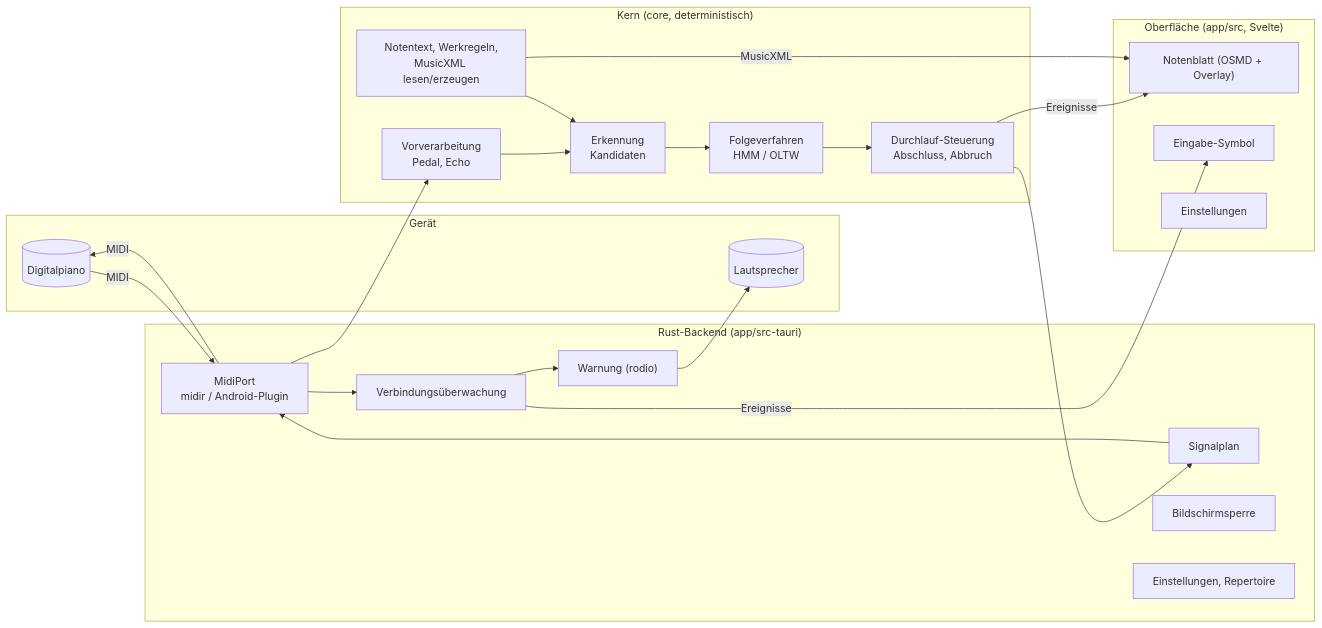
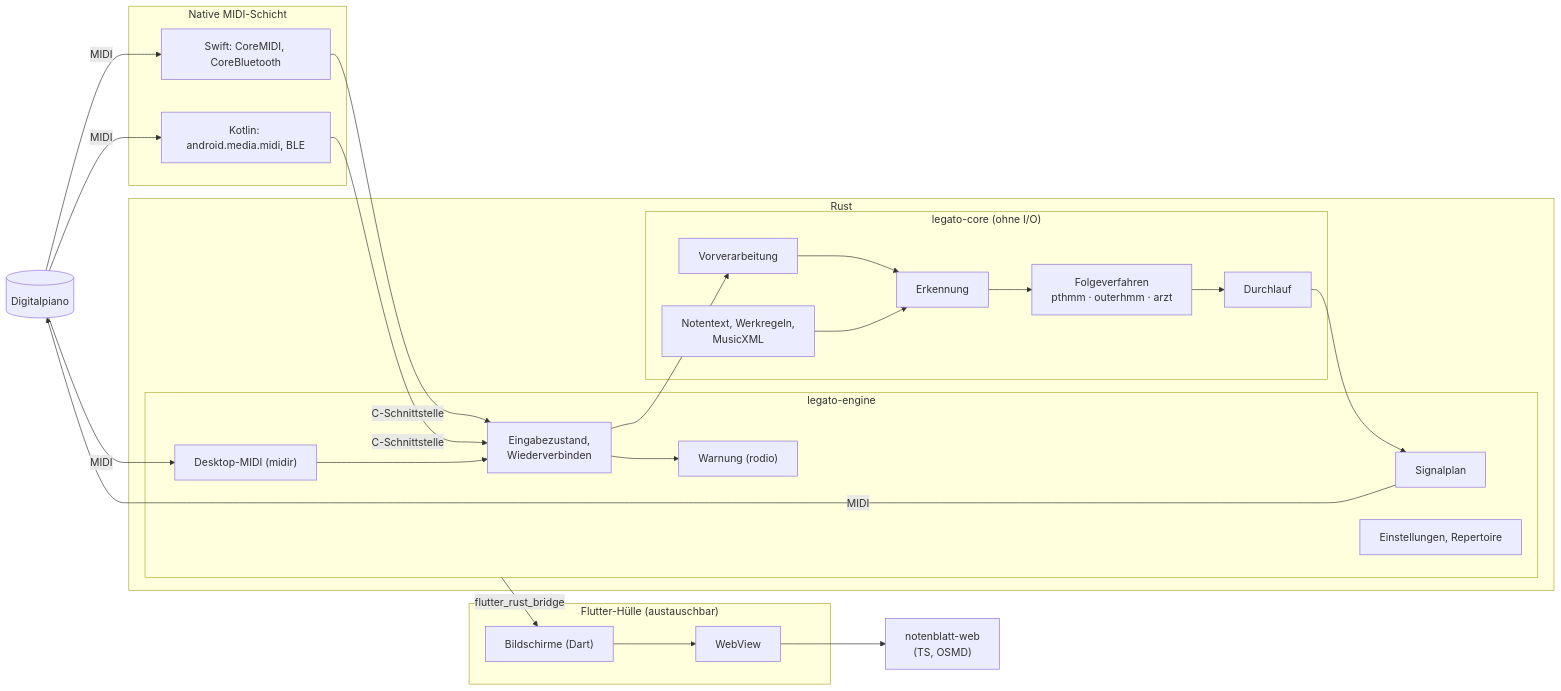
Before and after one commit to Meisterschueler/legato: the diagram in specs/001-legato-mvp/plan.md, drawn with Mermaid. The commit also changed other lines of this file and 8 other files, not shown here.

First line of the commit message:
docs(specs): Plan für 001 auf Flutter mit Rust-Kern umstellen

````diff
--- a/specs/001-legato-mvp/plan.md
+++ b/specs/001-legato-mvp/plan.md
@@ -54,34 +55,37 @@
 ```mermaid
 flowchart LR
-    subgraph Geraet["Gerät"]
-        Piano[(Digitalpiano)]
-        Lautsprecher[(Lautsprecher)]
+    Piano[(Digitalpiano)]
+    subgraph Nativ["Native MIDI-Schicht"]
+        Swift["Swift: CoreMIDI, CoreBluetooth"]
+        Kotlin["Kotlin: android.media.midi, BLE"]
     end
-    subgraph Backend["Rust-Backend (app/src-tauri)"]
-        Midi["MidiPort<br/>midir / Android-Plugin"]
-        Ueberwachung["Verbindungsüberwachung"]
-        Signale["Signalplan"]
-        Warnung["Warnung (rodio)"]
-        Wach["Bildschirmsperre"]
-        Store["Einstellungen, Repertoire"]
+    subgraph Rust["Rust"]
+        subgraph Engine["legato-engine"]
+            Desk["Desktop-MIDI (midir)"]
+            Verb["Eingabezustand,<br/>Wiederverbinden"]
+            Sig["Signalplan"]
+            Warn["Warnung (rodio)"]
+            Pers["Einstellungen, Repertoire"]
+        end
+        subgraph Kern["legato-core (ohne I/O)"]
+            Vor["Vorverarbeitung"]
+            Erk["Erkennung"]
+            Folge["Folgeverfahren<br/>pthmm · outerhmm · arzt"]
+            Dl["Durchlauf"]
+            Noten["Notentext, Werkregeln,<br/>MusicXML"]
+        end
     end
-    subgraph Kern["Kern (core, deterministisch)"]
-        Vor["Vorverarbeitung<br/>Pedal, Echo"]
-        Erk["Erkennung<br/>Kandidaten"]
-        Folge["Folgeverfahren<br/>HMM / OLTW"]
-        Dl["Durchlauf-Steuerung<br/>Abschluss, Abbruch"]
-        Noten["Notentext, Werkregeln,<br/>MusicXML lesen/erzeugen"]
+    subgraph Huelle["Flutter-Hülle (austauschbar)"]
+        UI["Bildschirme (Dart)"]
+        WV["WebView"]
     end
-    subgraph UI["Oberfläche (app/src, Svelte)"]
-        Blatt["Notenblatt (OSMD + Overlay)"]
-        Symbol["Eingabe-Symbol"]
-        Einst["Einstellungen"]
-    end
-    Piano -- MIDI --> Midi --> Vor --> Erk --> Folge --> Dl
-    Midi --> Ueberwachung --> Warnung --> Lautsprecher
-    Dl --> Signale --> Midi -- MIDI --> Piano
-    Dl -- Ereignisse --> Blatt
-    Ueberwachung -- Ereignisse --> Symbol
+    Web["notenblatt-web<br/>(TS, OSMD)"]
+    Piano -- MIDI --> Swift & Kotlin -- "C-Schnittstelle" --> Verb
+    Piano -- MIDI --> Desk --> Verb
+    Verb --> Vor --> Erk --> Folge --> Dl
+    Dl --> Sig -- MIDI --> Piano
+    Verb --> Warn
     Noten --> Erk
-    Noten -- MusicXML --> Blatt
+    Engine -- "flutter_rust_bridge" --> UI
+    UI --> WV --> Web
 ```
````
